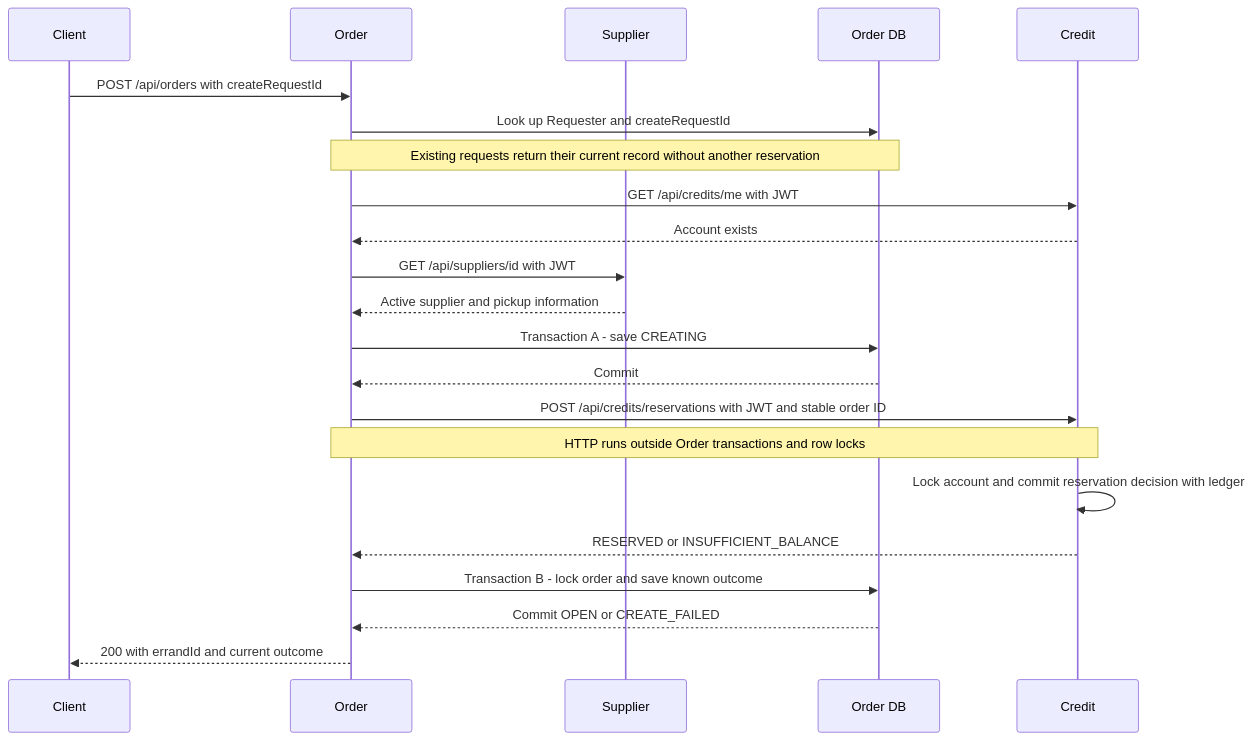
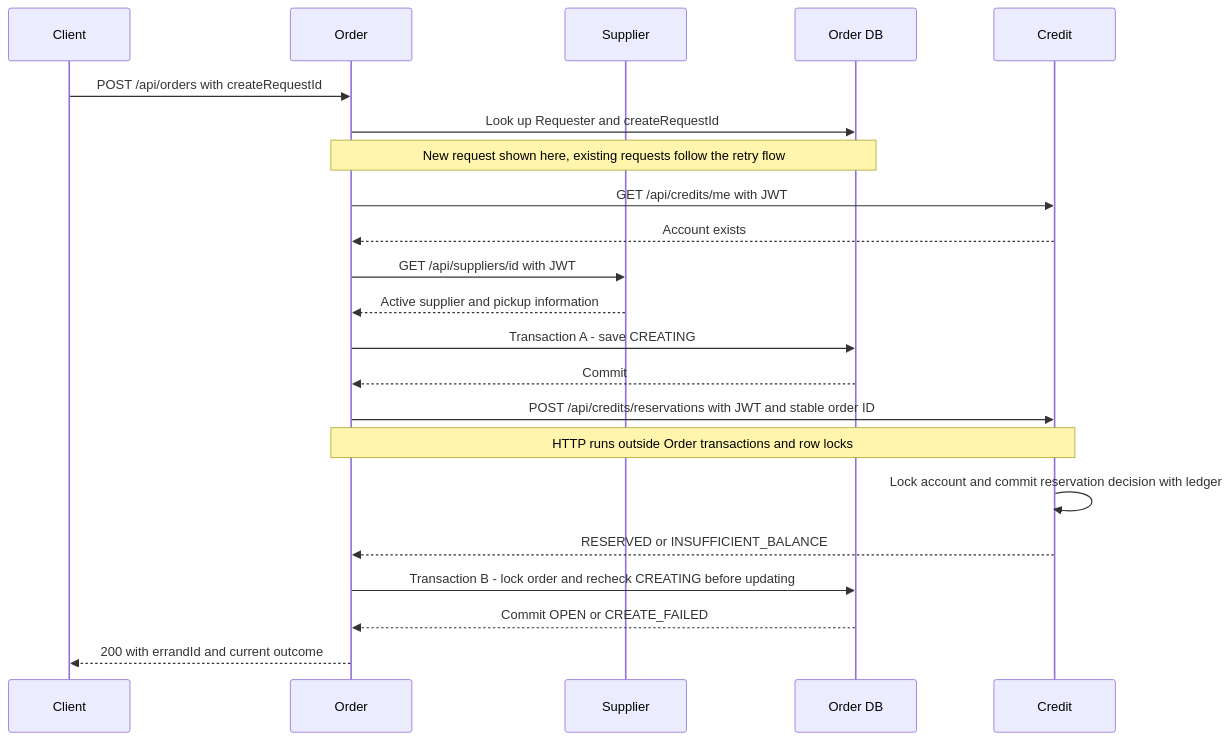
One commit to AY2627S1-CS3219-P24/FoC changed the third of 16 diagrams in order-service/README.md. Above: the diagram before and after it, drawn with Mermaid. The commit also changed other lines of this file and 5 other files, not shown here.

Commit message:
fix(order): resume pending creation on request retry

````diff
--- a/order-service/README.md
+++ b/order-service/README.md
@@ -111,24 +111,24 @@
 ```mermaid
 sequenceDiagram
     participant Client
     participant Order
     participant Supplier
     participant DB as Order DB
     participant Credit
     Client->>Order: POST /api/orders with createRequestId
     Order->>DB: Look up Requester and createRequestId
-    Note over Order,DB: Existing requests return their current record without another reservation
+    Note over Order,DB: New request shown here, existing requests follow the retry flow
     Order->>Credit: GET /api/credits/me with JWT
     Credit-->>Order: Account exists
     Order->>Supplier: GET /api/suppliers/id with JWT
     Supplier-->>Order: Active supplier and pickup information
     Order->>DB: Transaction A - save CREATING
     DB-->>Order: Commit
     Order->>Credit: POST /api/credits/reservations with JWT and stable order ID
     Note over Order,Credit: HTTP runs outside Order transactions and row locks
     Credit->>Credit: Lock account and commit reservation decision with ledger
     Credit-->>Order: RESERVED or INSUFFICIENT_BALANCE
-    Order->>DB: Transaction B - lock order and save known outcome
+    Order->>DB: Transaction B - lock order and recheck CREATING before updating
     DB-->>Order: Commit OPEN or CREATE_FAILED
     Order-->>Client: 200 with errandId and current outcome
 ```
````
